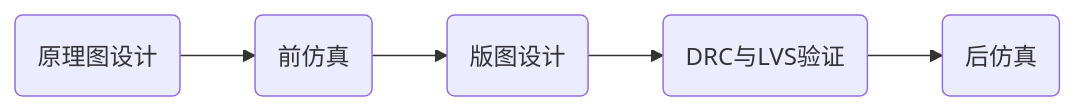
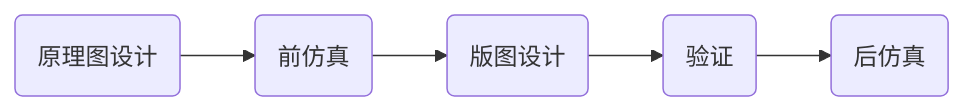
Before and after one commit to chensk1999/note: the diagram in circuit/virtuoso.md, drawn with Mermaid. The commit also changed other lines of this file and 4 other files, not shown here.

````diff
--- a/circuit/virtuoso.md
+++ b/circuit/virtuoso.md
@@ -15,10 +15,10 @@
 ```mermaid
 graph LR
     A(原理图设计)
     B(前仿真)
     C(版图设计)
-    D(DRC与LVS验证)
+    D(验证)
     E(后仿真)
-    
+
     A --> B --> C --> D --> E
 ```
````
